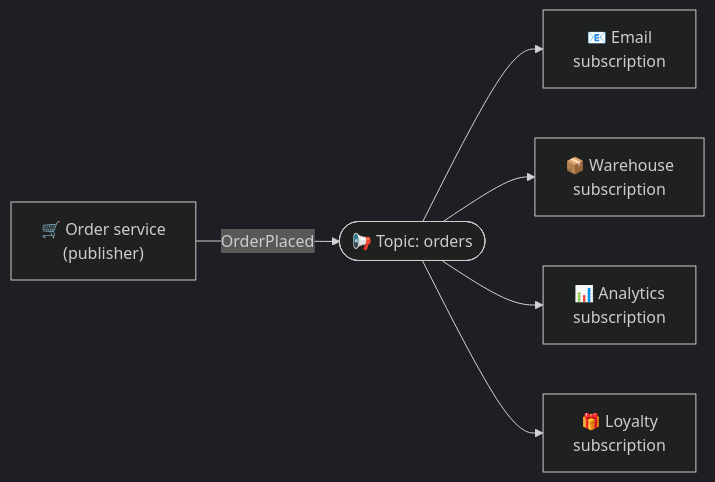
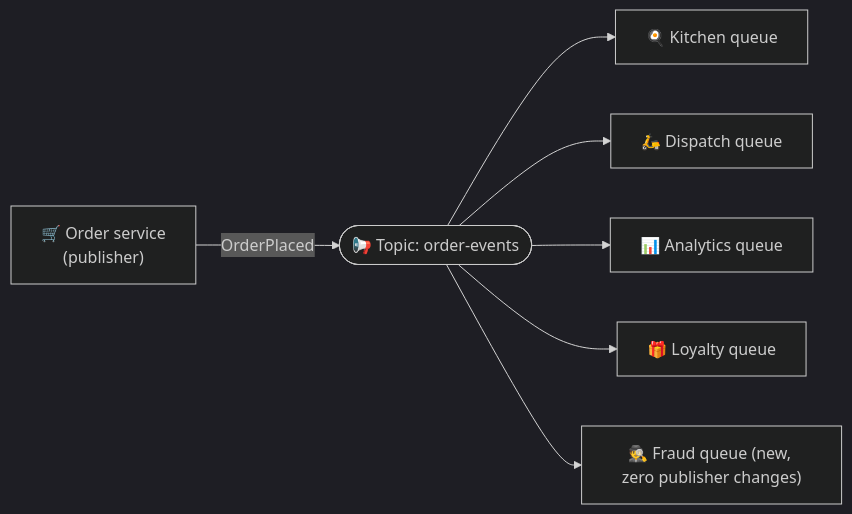
Before and after one commit to winnyboy5/System-Design-from-Atoms: the diagram in phases/07-async-messaging/058-pub-sub-and-fan-out.md, drawn with Mermaid (dark theme). The commit also changed other lines of this file and 6 other files, not shown here.

````diff
--- a/phases/07-async-messaging/058-pub-sub-and-fan-out.md
+++ b/phases/07-async-messaging/058-pub-sub-and-fan-out.md
@@ -30,8 +35,9 @@
 ```mermaid
 flowchart LR
-    P["🛒 Order service<br/>(publisher)"] -->|"OrderPlaced"| T(["📢 Topic: orders"])
-    T --> S1["📧 Email<br/>subscription"]
-    T --> S2["📦 Warehouse<br/>subscription"]
-    T --> S3["📊 Analytics<br/>subscription"]
-    T --> S4["🎁 Loyalty<br/>subscription"]
+    P["🛒 Order service<br/>(publisher)"] -->|"OrderPlaced"| T(["📢 Topic: order-events"])
+    T --> S1["🍳 Kitchen queue"]
+    T --> S2["🛵 Dispatch queue"]
+    T --> S3["📊 Analytics queue"]
+    T --> S4["🎁 Loyalty queue"]
+    T --> S5["🕵️ Fraud queue (new, zero publisher changes)"]
 ```
````
